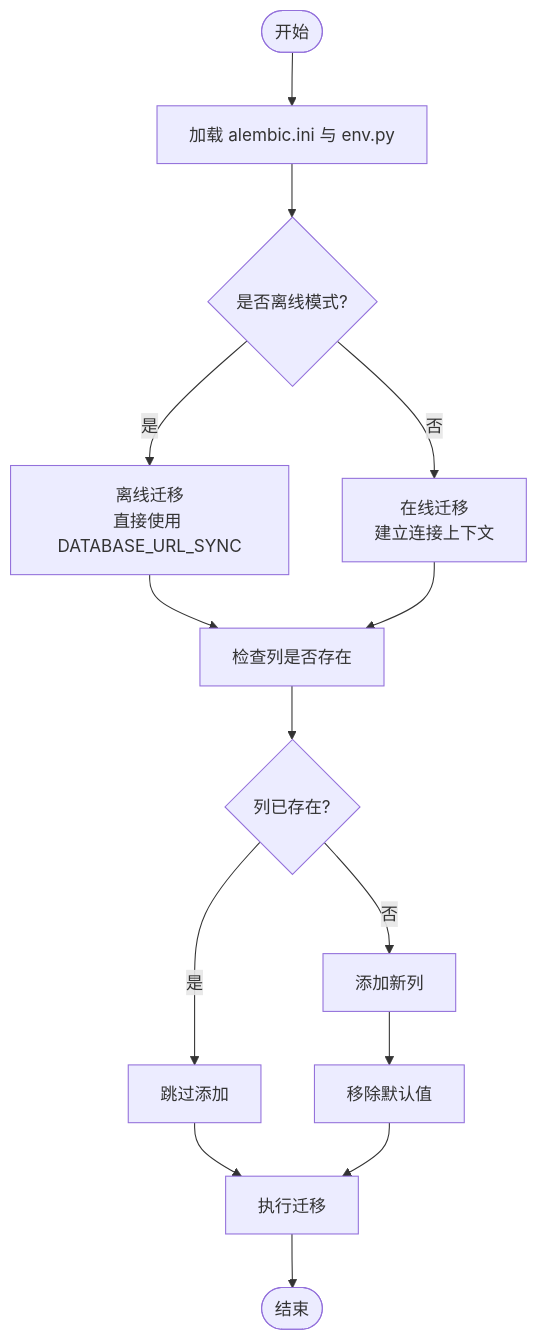
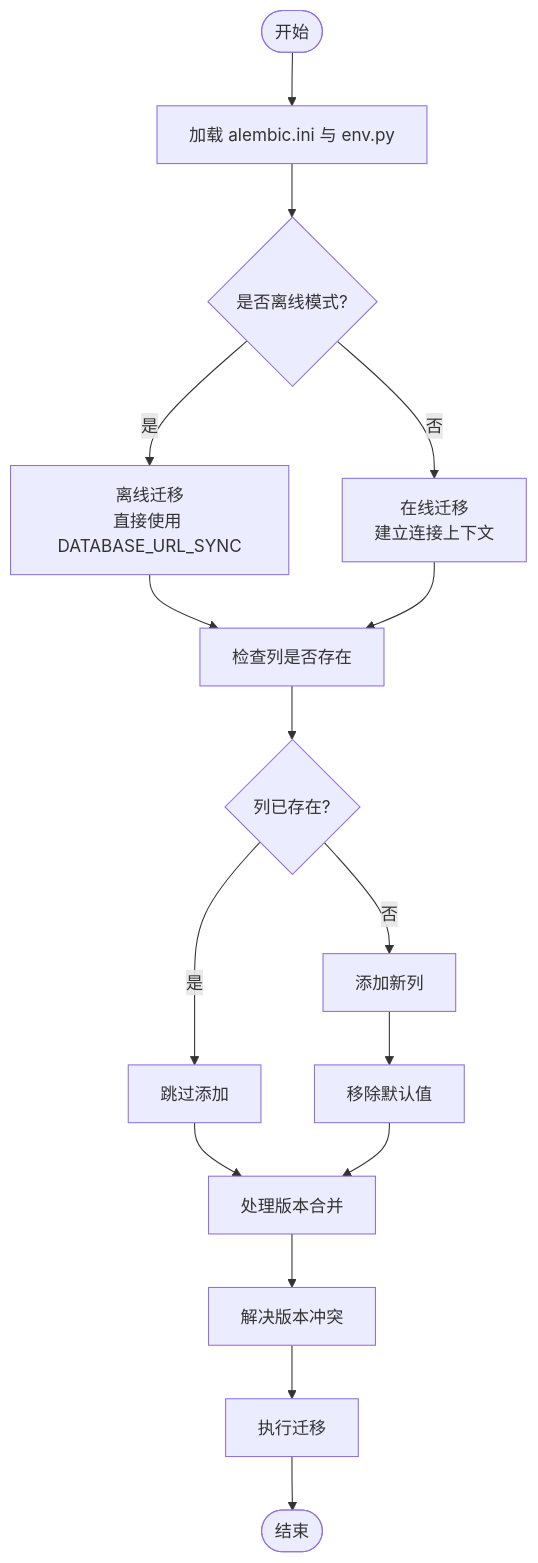
One commit to xfbyxq/ai-novel-system changed the third of 7 diagrams in .qoder/repowiki/zh/content/部署与运维/数据库管理与迁移.md. Above: the diagram before and after it, drawn with Mermaid. The commit also changed other lines of this file and 8 other files, not shown here.

````diff
--- a/.qoder/repowiki/zh/content/部署与运维/数据库管理与迁移.md
+++ b/.qoder/repowiki/zh/content/部署与运维/数据库管理与迁移.md
@@ -160,16 +178,18 @@
 ```mermaid
 flowchart TD
 Start(["开始"]) --> LoadCfg["加载 alembic.ini 与 env.py"]
 LoadCfg --> DetectMode{"是否离线模式?"}
 DetectMode --> |是| Offline["离线迁移<br/>直接使用 DATABASE_URL_SYNC"]
 DetectMode --> |否| Online["在线迁移<br/>建立连接上下文"]
 Offline --> CheckColumn["检查列是否存在"]
 Online --> CheckColumn
 CheckColumn --> Exists{"列已存在?"}
 Exists --> |是| Skip["跳过添加"]
 Exists --> |否| AddCol["添加新列"]
-Skip --> RunMigs["执行迁移"]
+Skip --> HandleMerge["处理版本合并"]
 AddCol --> RemoveDefault["移除默认值"]
-RemoveDefault --> RunMigs
+RemoveDefault --> HandleMerge
+HandleMerge --> ResolveConflict["解决版本冲突"]
+ResolveConflict --> RunMigs["执行迁移"]
 RunMigs --> End(["结束"])
 ```
````
